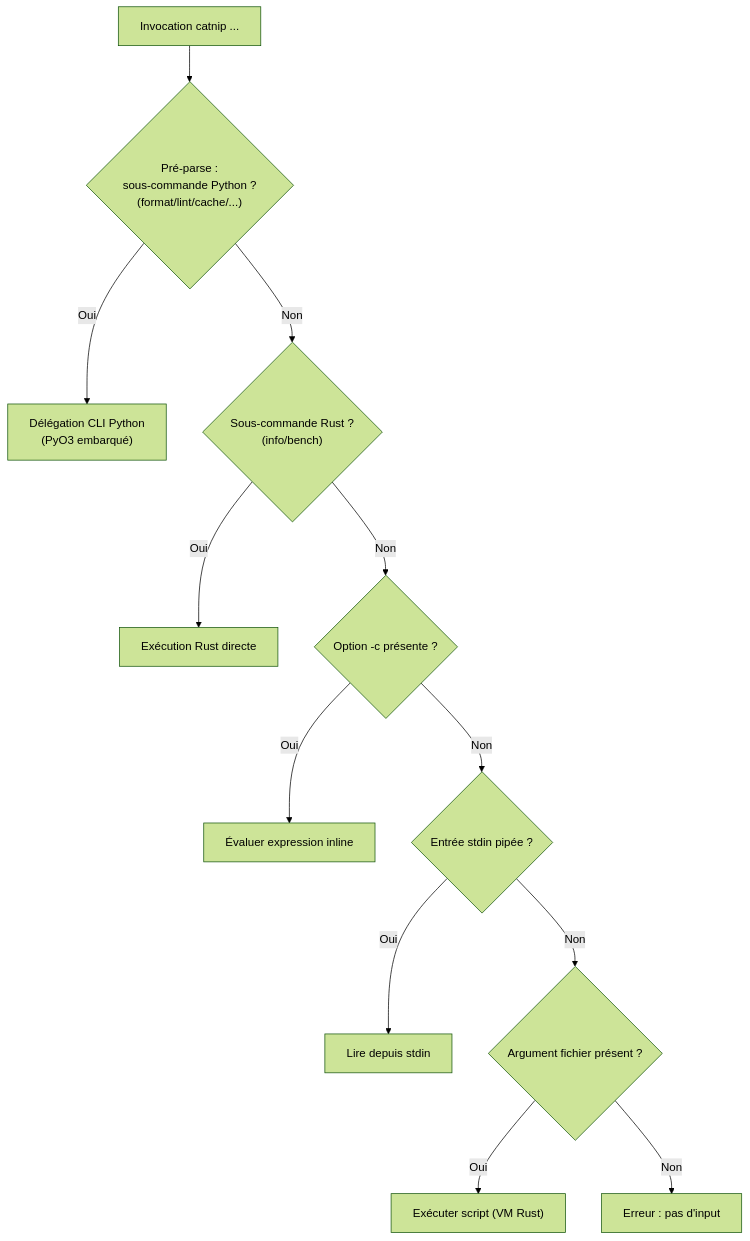
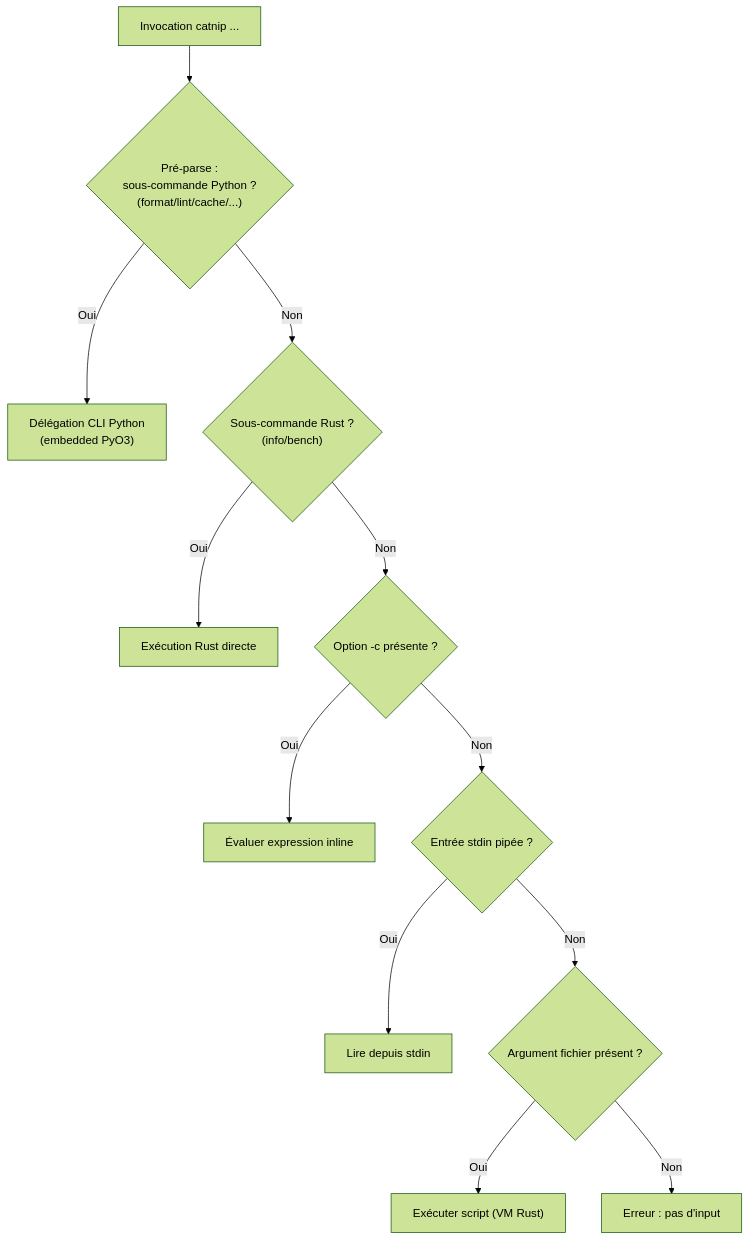
The diagram in docs/user/CLI.md (aristofor/catnip), drawn with Mermaid (forest theme) before and after one commit. The commit also changed other lines of this file and 186 other files, not shown here.

````diff
--- a/docs/user/CLI.md
+++ b/docs/user/CLI.md
@@ -1249,14 +1254,14 @@
 ```mermaid
 flowchart TD
     A["Invocation catnip ..."] --> B{"Pré-parse :<br/>sous-commande Python ?<br/>(format/lint/cache/...)"}
-    B -->|Oui| C["Délégation CLI Python<br/>(PyO3 embarqué)"]
+    B -->|Oui| C["Délégation CLI Python<br/>(embedded PyO3)"]
     B -->|Non| D{"Sous-commande Rust ?<br/>(info/bench)"}
     D -->|Oui| E["Exécution Rust directe"]
     D -->|Non| F{"Option -c présente ?"}
     F -->|Oui| G["Évaluer expression inline"]
     F -->|Non| H{"Entrée stdin pipée ?"}
     H -->|Oui| I["Lire depuis stdin"]
     H -->|Non| J{"Argument fichier présent ?"}
     J -->|Oui| K["Exécuter script (VM Rust)"]
     J -->|Non| L["Erreur : pas d'input"]
 ```
````
